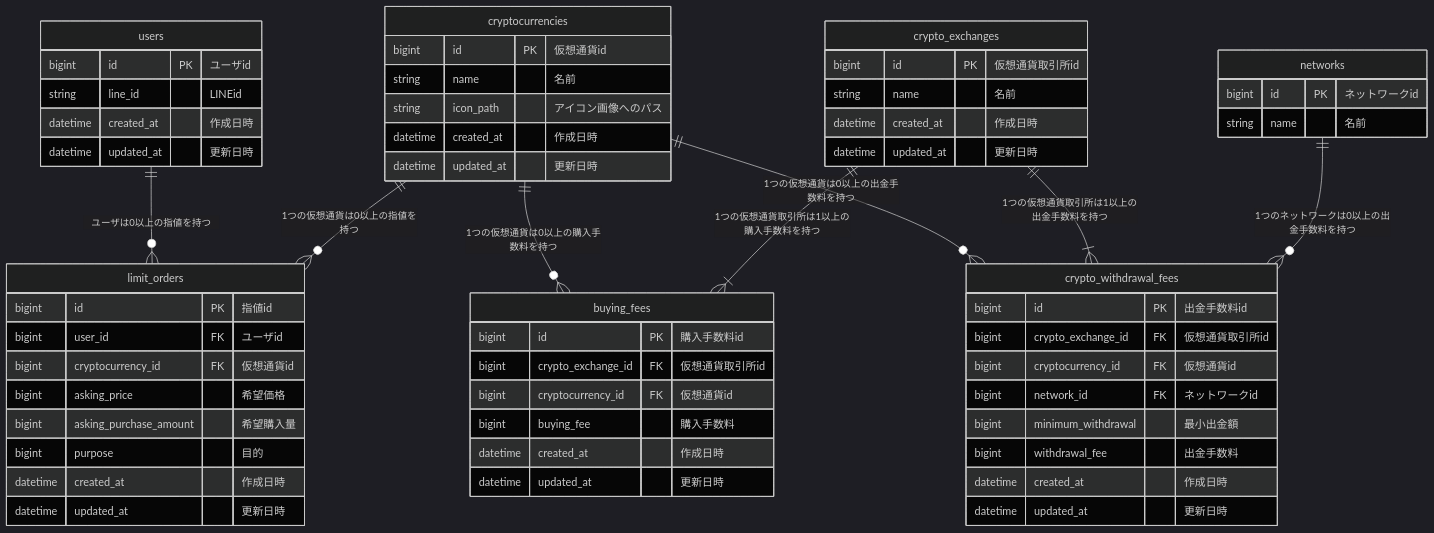
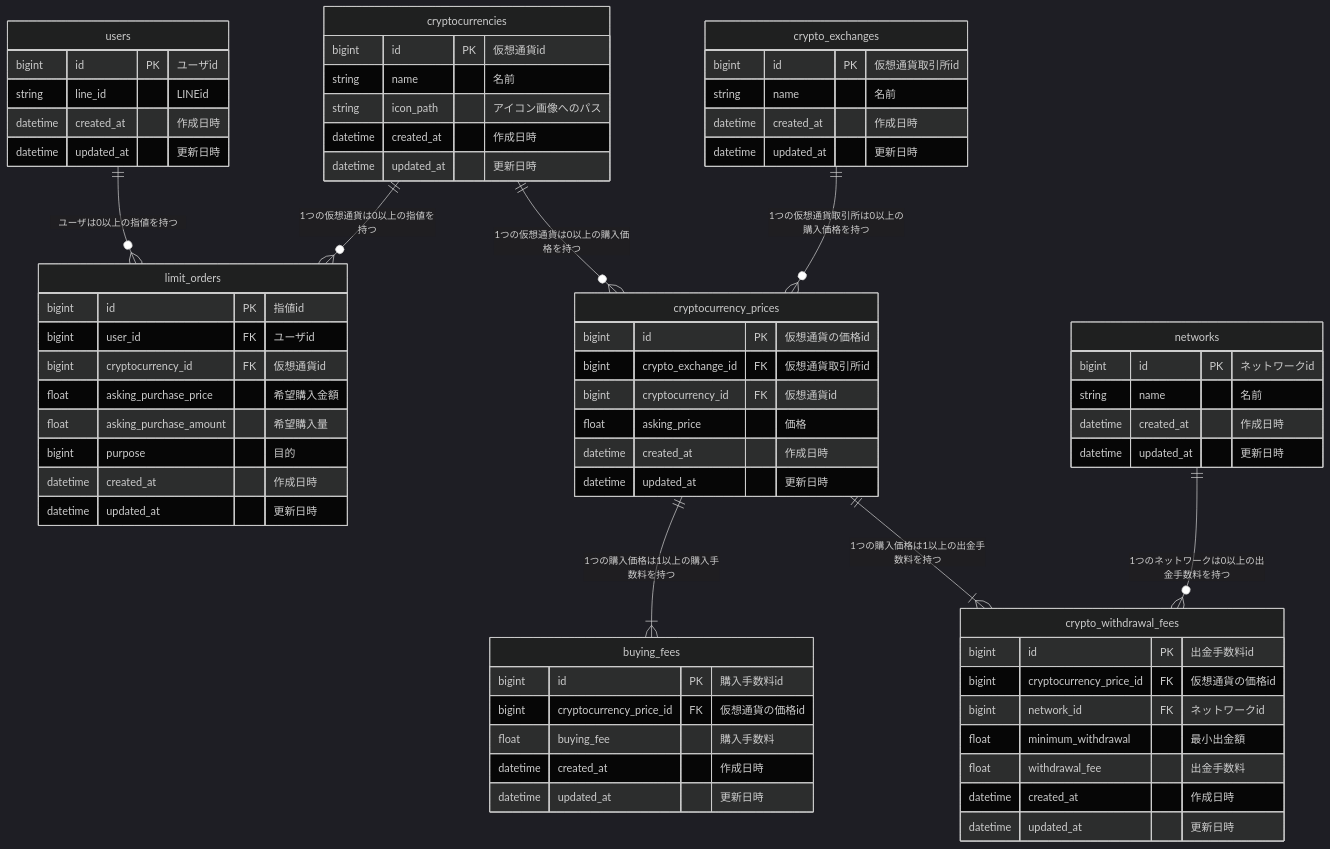
The diagram in README.md (sato-takehiro/crypto-exchange), drawn with Mermaid (dark theme) before and after one commit.

Commit message:
update ER diagram

````diff
--- a/README.md
+++ b/README.md
@@ -80,70 +80,79 @@
 ```mermaid
 erDiagram
 
 users ||--o{ limit_orders : "ユーザは0以上の指値を持つ"
-cryptocurrencies ||--o{ buying_fees : "1つの仮想通貨は0以上の購入手数料を持つ"
-crypto_exchanges ||--|{ buying_fees : "1つの仮想通貨取引所は1以上の購入手数料を持つ"
 cryptocurrencies ||--o{ limit_orders : "1つの仮想通貨は0以上の指値を持つ"
-cryptocurrencies ||--o{ crypto_withdrawal_fees : "1つの仮想通貨は0以上の出金手数料を持つ"
-crypto_exchanges ||--|{ crypto_withdrawal_fees : "1つの仮想通貨取引所は1以上の出金手数料を持つ"
+cryptocurrencies ||--o{ cryptocurrency_prices : "1つの仮想通貨は0以上の購入価格を持つ"
+crypto_exchanges ||--o{ cryptocurrency_prices : "1つの仮想通貨取引所は0以上の購入価格を持つ"
+cryptocurrency_prices ||--|{ buying_fees : "1つの購入価格は1以上の購入手数料を持つ"
+cryptocurrency_prices ||--|{ crypto_withdrawal_fees : "1つの購入価格は1以上の出金手数料を持つ"
 networks ||--o{ crypto_withdrawal_fees : "1つのネットワークは0以上の出金手数料を持つ"
 
 users {
     bigint id PK "ユーザid"
     string line_id "LINEid"
     datetime created_at "作成日時"
     datetime updated_at "更新日時"
 }
 
 limit_orders {
     bigint id PK "指値id"
     bigint user_id FK "ユーザid"
     bigint cryptocurrency_id FK "仮想通貨id"
-    bigint asking_price "希望価格"
-    bigint asking_purchase_amount "希望購入量"
+    float asking_purchase_price "希望購入金額"
+    float asking_purchase_amount "希望購入量"
     bigint purpose "目的"
     datetime created_at "作成日時"
     datetime updated_at "更新日時"
 }
 
 cryptocurrencies {
     bigint id PK "仮想通貨id"
     string name "名前"
     string icon_path "アイコン画像へのパス"
     datetime created_at "作成日時"
     datetime updated_at "更新日時"
 }
 
 networks {
     bigint id PK "ネットワークid"
     string name "名前"
+    datetime created_at "作成日時"
+    datetime updated_at "更新日時"
 }
 
 crypto_exchanges {
     bigint id PK "仮想通貨取引所id"
     string name "名前"
     datetime created_at "作成日時"
     datetime updated_at "更新日時"
 }
 
+cryptocurrency_prices {
+    bigint id PK "仮想通貨の価格id"
+    bigint crypto_exchange_id FK "仮想通貨取引所id"
+    bigint cryptocurrency_id FK "仮想通貨id"
+    float asking_price "価格"
+    datetime created_at "作成日時"
+    datetime updated_at "更新日時"
+}
+
 crypto_withdrawal_fees {
     bigint id PK "出金手数料id"
-    bigint crypto_exchange_id FK "仮想通貨取引所id"
-    bigint cryptocurrency_id FK "仮想通貨id"
+    bigint cryptocurrency_price_id FK "仮想通貨の価格id"
     bigint network_id FK "ネットワークid"
-    bigint minimum_withdrawal "最小出金額"
-    bigint withdrawal_fee "出金手数料"
+    float minimum_withdrawal "最小出金額"
+    float withdrawal_fee "出金手数料"
     datetime created_at "作成日時"
     datetime updated_at "更新日時"
 }
 
 buying_fees {
     bigint id PK "購入手数料id"
-    bigint crypto_exchange_id FK "仮想通貨取引所id"
-    bigint cryptocurrency_id FK "仮想通貨id"
-    bigint buying_fee "購入手数料"
+    bigint cryptocurrency_price_id FK "仮想通貨の価格id"
+    float buying_fee "購入手数料"
     datetime created_at "作成日時"
     datetime updated_at "更新日時"
 }
 
 ```
````
